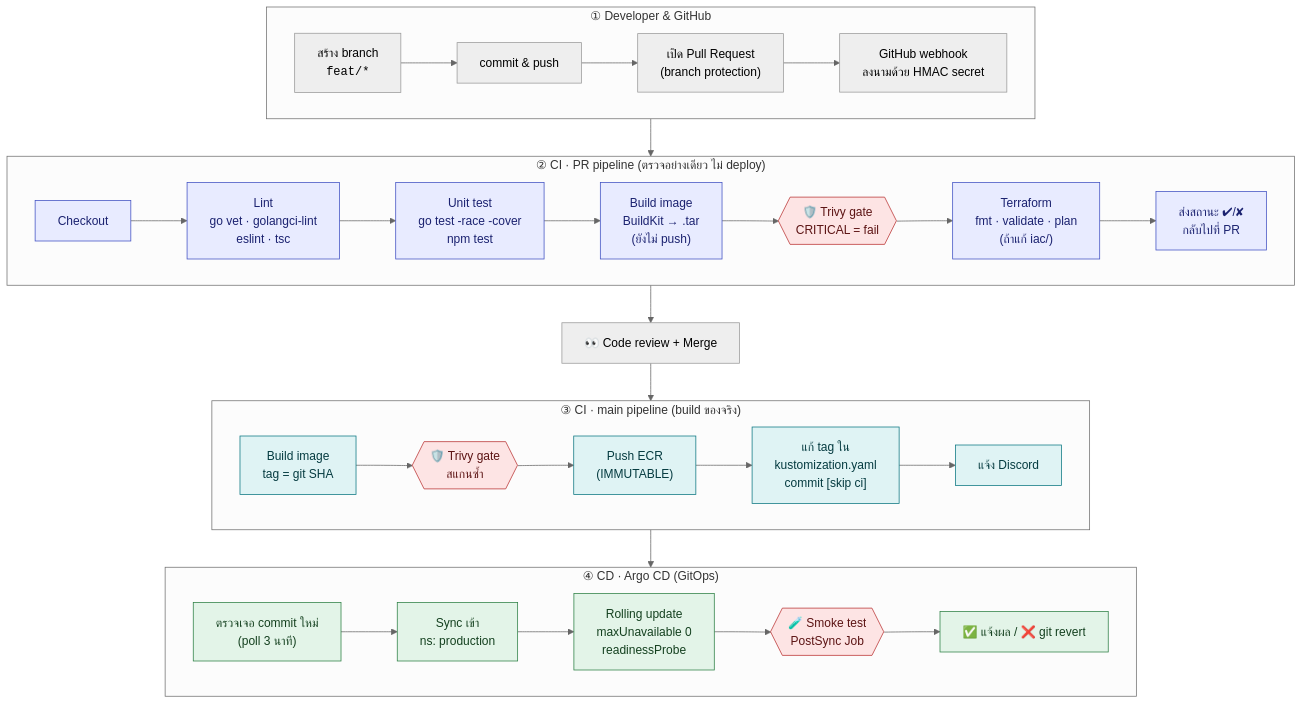
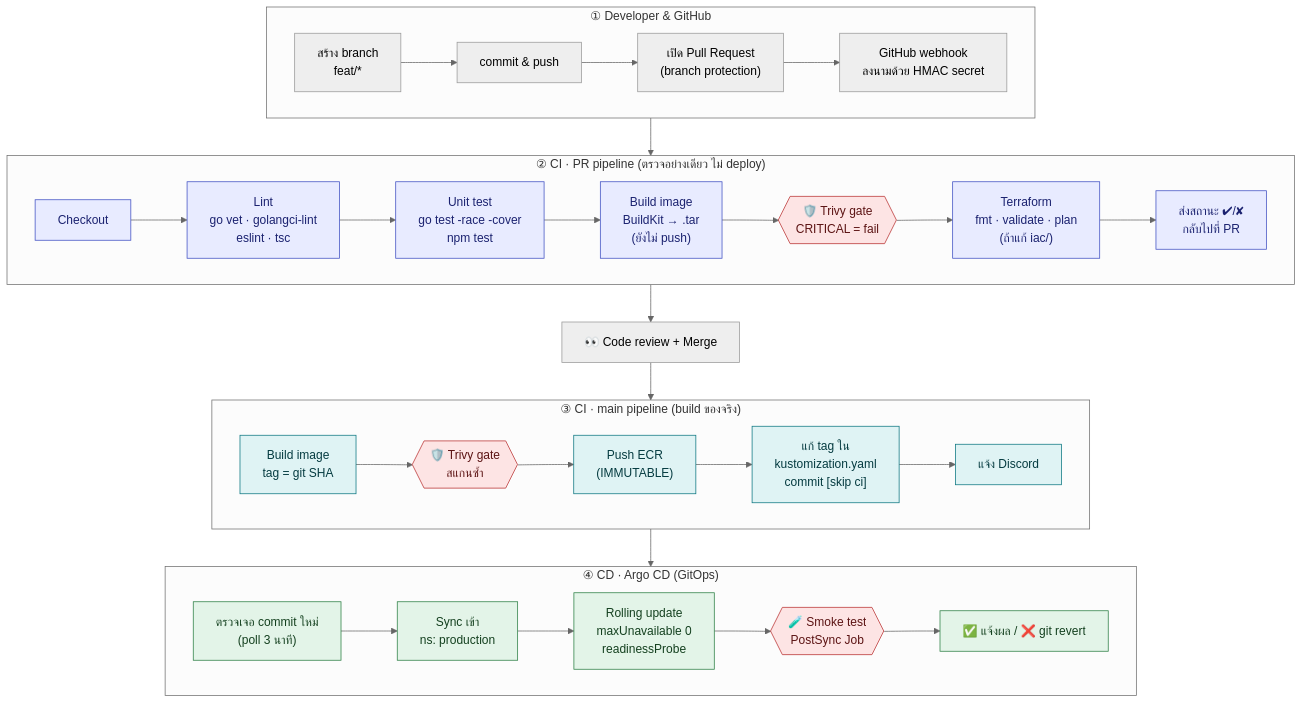
One commit to suphanatchanlek30/Thai-Gov-Processor changed the third of 10 diagrams in README.md. Above: the diagram before and after it, drawn with Mermaid (neutral theme). The commit also changed other lines of this file, not shown here.

````diff
--- a/README.md
+++ b/README.md
@@ -127,36 +238,36 @@
 ```mermaid
 flowchart TB
     subgraph L1["① Developer & GitHub"]
         direction LR
-        a1["สร้าง branch<br/><code>feat/*</code>"] --> a2["commit & push"] --> a3["เปิด Pull Request<br/>(branch protection)"] --> a4["GitHub webhook<br/>ลงนามด้วย HMAC secret"]
+        a1["สร้าง branch<br/>feat/*"] --> a2["commit & push"] --> a3["เปิด Pull Request<br/>(branch protection)"] --> a4["GitHub webhook<br/>ลงนามด้วย HMAC secret"]
     end
 
     subgraph L2["② CI · PR pipeline (ตรวจอย่างเดียว ไม่ deploy)"]
         direction LR
         b1["Checkout"] --> b2["Lint<br/>go vet · golangci-lint<br/>eslint · tsc"] --> b3["Unit test<br/>go test -race -cover<br/>npm test"] --> b4["Build image<br/>BuildKit → .tar<br/>(ยังไม่ push)"] --> b5{{"🛡️ Trivy gate<br/>CRITICAL = fail"}} --> b6["Terraform<br/>fmt · validate · plan<br/>(ถ้าแก้ iac/)"] --> b7["ส่งสถานะ ✔/✘<br/>กลับไปที่ PR"]
     end
 
     subgraph L3["③ CI · main pipeline (build ของจริง)"]
         direction LR
         c1["Build image<br/>tag = git SHA"] --> c2{{"🛡️ Trivy gate<br/>สแกนซ้ำ"}} --> c3["Push ECR<br/>(IMMUTABLE)"] --> c4["แก้ tag ใน<br/>kustomization.yaml<br/>commit [skip ci]"] --> c5["แจ้ง Discord"]
     end
 
     subgraph L4["④ CD · Argo CD (GitOps)"]
         direction LR
         d1["ตรวจเจอ commit ใหม่<br/>(poll 3 นาที)"] --> d2["Sync เข้า<br/>ns: production"] --> d3["Rolling update<br/>maxUnavailable 0<br/>readinessProbe"] --> d4{{"🧪 Smoke test<br/>PostSync Job"}} --> d5["✅ แจ้งผล / ❌ git revert"]
     end
 
     a4 --> b1
     b7 --> rv["👀 Code review + Merge"]
     rv --> c1
     c5 --> d1
 
     classDef gate fill:#fde4e4,stroke:#b83030,color:#5c1414
     classDef pr fill:#e8ebff,stroke:#3f4fc2,color:#1b2270
     classDef main fill:#dff3f4,stroke:#0a7580,color:#053b40
     classDef cd fill:#e3f4e8,stroke:#2b7f43,color:#14401f
     class b1,b2,b3,b4,b6,b7 pr
     class c1,c3,c4,c5 main
     class d1,d2,d3,d5 cd
     class b5,c2,d4 gate
 ```
````
